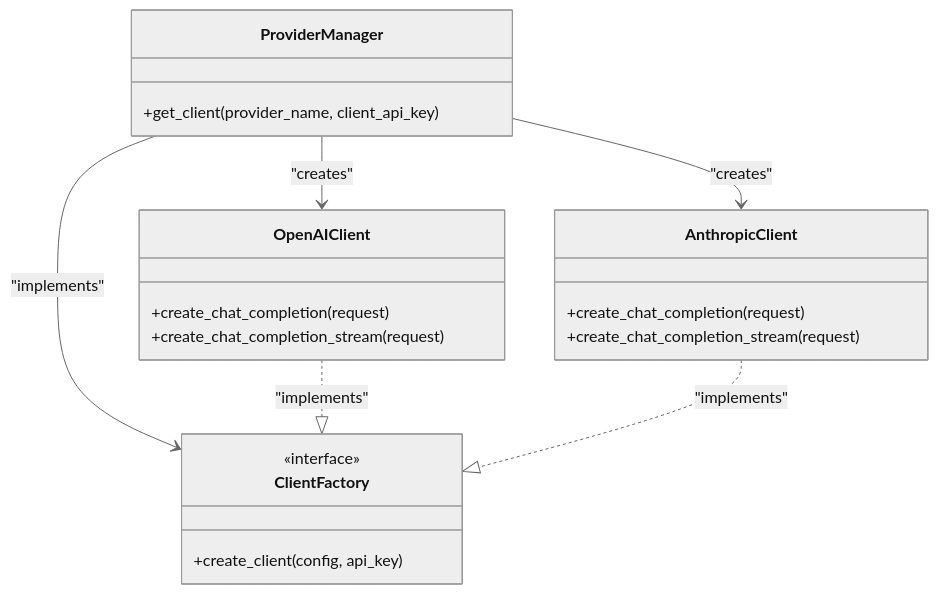
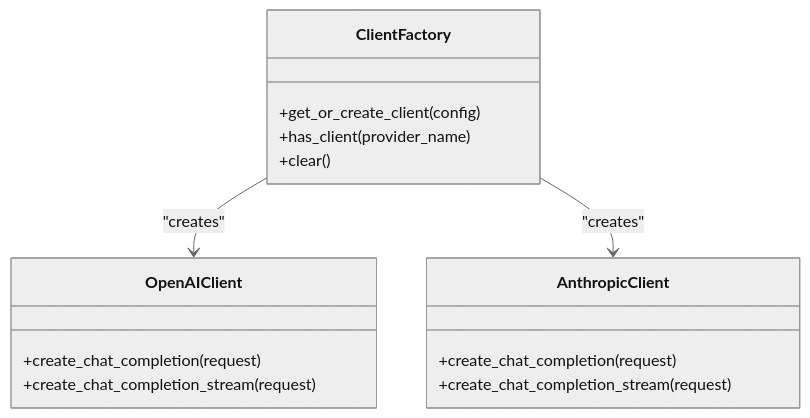
The fourth of 8 diagrams in .qoder/repowiki/en/content/Core Features/Multi-Provider Support.md (CedarVerse/vandamme-proxy), drawn with Mermaid (neutral theme) before and after one commit. The commit also changed other lines of this file and 9 other files, not shown here.

````diff
--- a/.qoder/repowiki/en/content/Core Features/Multi-Provider Support.md
+++ b/.qoder/repowiki/en/content/Core Features/Multi-Provider Support.md
@@ -167,23 +207,18 @@
 ```mermaid
 classDiagram
-class ProviderManager {
-+get_client(provider_name, client_api_key)
+class ClientFactory {
++get_or_create_client(config)
++has_client(provider_name)
++clear()
 }
 class OpenAIClient {
 +create_chat_completion(request)
 +create_chat_completion_stream(request)
 }
 class AnthropicClient {
 +create_chat_completion(request)
 +create_chat_completion_stream(request)
 }
-class ClientFactory {
-<<interface>>
-+create_client(config, api_key)
-}
-ProviderManager --> ClientFactory : "implements"
-ProviderManager --> OpenAIClient : "creates"
-ProviderManager --> AnthropicClient : "creates"
-OpenAIClient ..|> ClientFactory : "implements"
-AnthropicClient ..|> ClientFactory : "implements"
+ClientFactory --> OpenAIClient : "creates"
+ClientFactory --> AnthropicClient : "creates"
 ```
````
